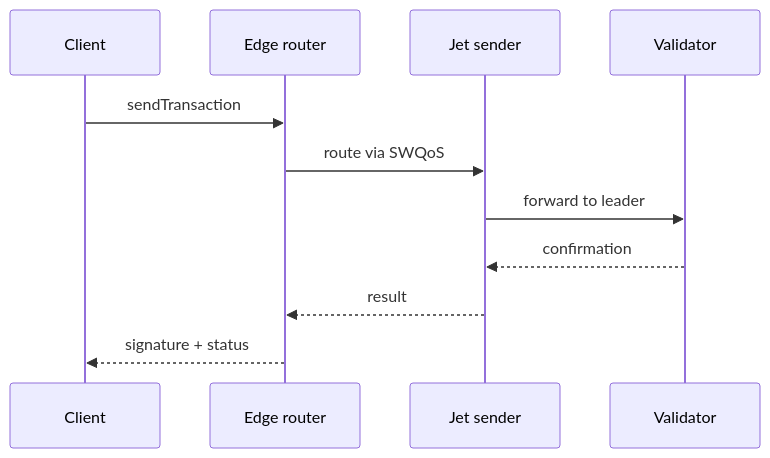
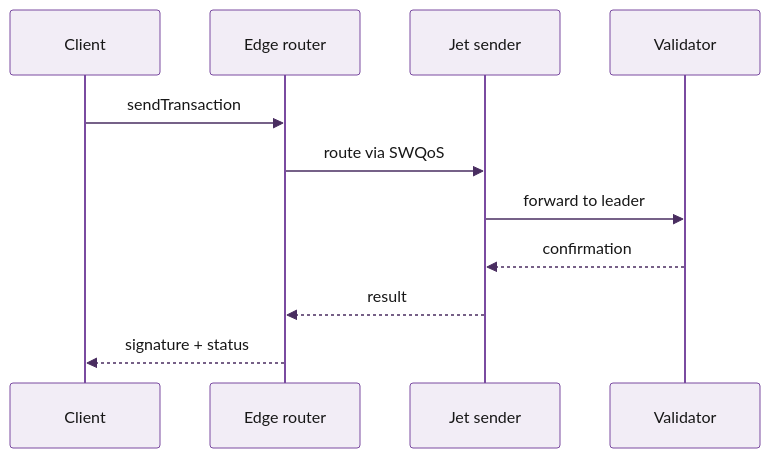
The first of 2 diagrams in kate-all-elements.mdx (kshyndina/docs), drawn with Mermaid before and after one commit. The commit also changed other lines of this file and 2 other files, not shown here.

````diff
--- a/kate-all-elements.mdx
+++ b/kate-all-elements.mdx
@@ -290,13 +292,14 @@
 ```mermaid
+%%{init: {'theme':'base','themeVariables':{'primaryColor':'#F2EDF6','primaryBorderColor':'#7A4BA0','primaryTextColor':'#171717','lineColor':'#956FB3','secondaryColor':'#E4DBEC','tertiaryColor':'#D7C9E3','noteBkgColor':'#FFC845','noteTextColor':'#171717','actorBkg':'#F2EDF6','actorBorder':'#7A4BA0','actorTextColor':'#171717','signalColor':'#492D60','labelBoxBkgColor':'#7A4BA0','labelTextColor':'#F7F7F7'}}}%%
 sequenceDiagram
     participant Client
     participant Edge as Edge router
     participant Jet as Jet sender
     participant Validator
     Client->>Edge: sendTransaction
     Edge->>Jet: route via SWQoS
     Jet->>Validator: forward to leader
     Validator-->>Jet: confirmation
     Jet-->>Edge: result
     Edge-->>Client: signature + status
 ```
````
